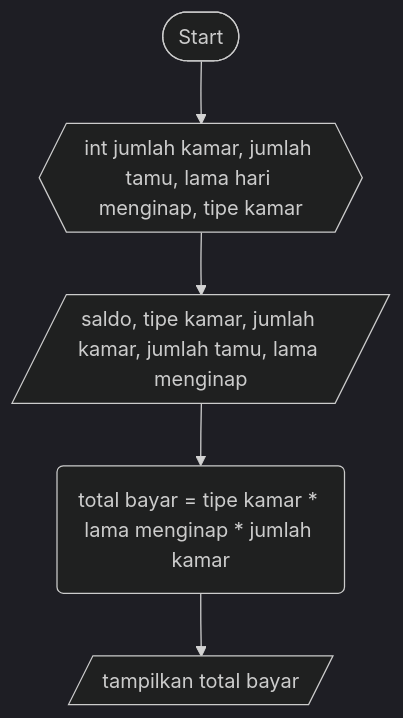
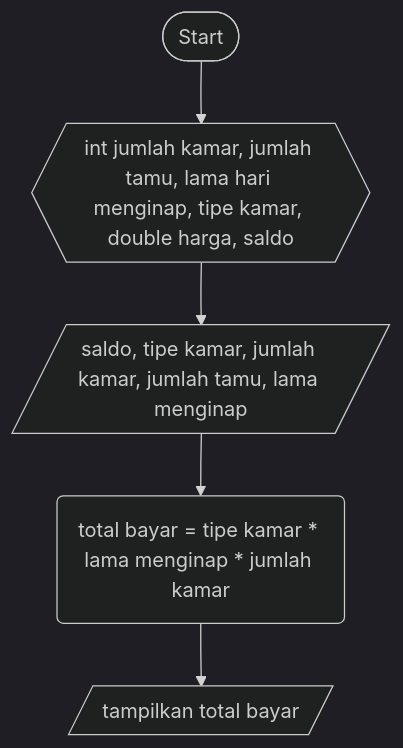
The diagram in BookingRuangan.md (SATRIODIANNUGROHO/Sample2.1), drawn with Mermaid (dark theme) before and after one commit.

````diff
--- a/BookingRuangan.md
+++ b/BookingRuangan.md
@@ -1,8 +1,8 @@
 ```mermaid
 flowchart TD;
-    A([Start])-->B{{int jumlah kamar, jumlah tamu, lama hari menginap, tipe kamar}};
-    B{{int jumlah kamar, jumlah tamu, lama hari menginap, tipe kamar}}-->C[/saldo, tipe kamar, jumlah kamar, jumlah tamu, lama menginap/];
+    A([Start])-->B{{int jumlah kamar, jumlah tamu, lama hari menginap, tipe kamar, double harga, saldo}};
+    B{{int jumlah kamar, jumlah tamu, lama hari menginap, tipe kamar, double harga, saldo}}-->C[/saldo, tipe kamar, jumlah kamar, jumlah tamu, lama menginap/];
     C[/saldo, tipe kamar, jumlah kamar, jumlah tamu, lama menginap/]-->D(total bayar = tipe kamar * lama menginap * jumlah kamar);
     D(total bayar = tipe kamar * lama menginap * jumlah kamar)-->E[/tampilkan total bayar/];
 
 ```
````
